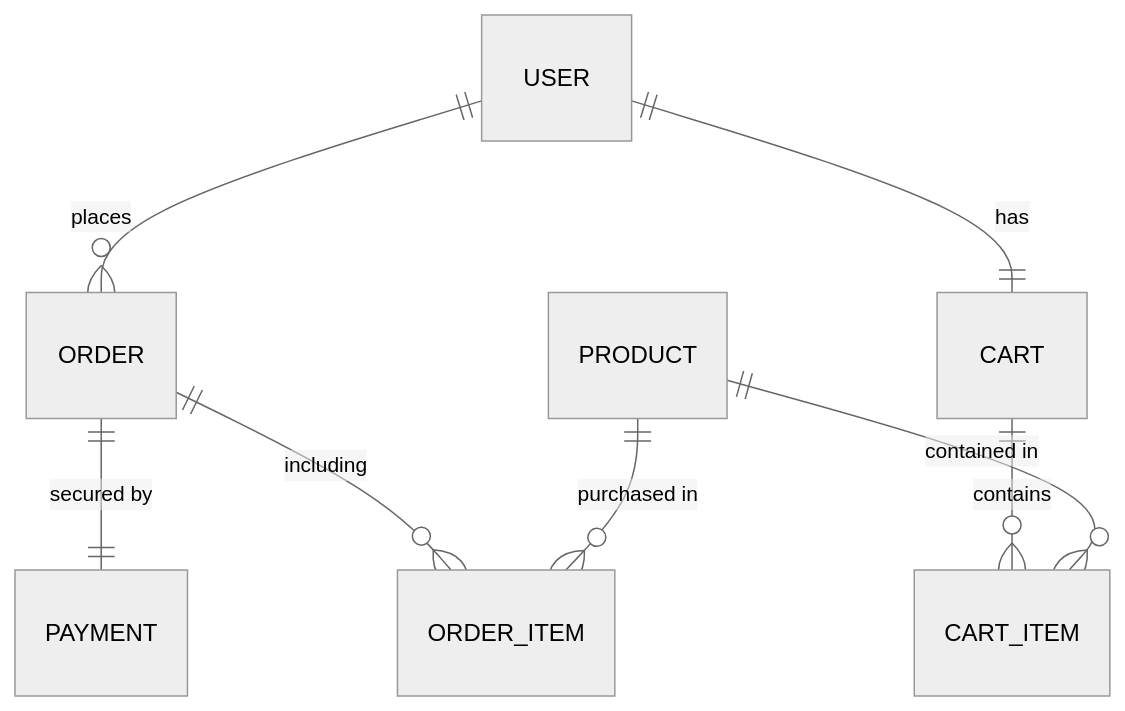
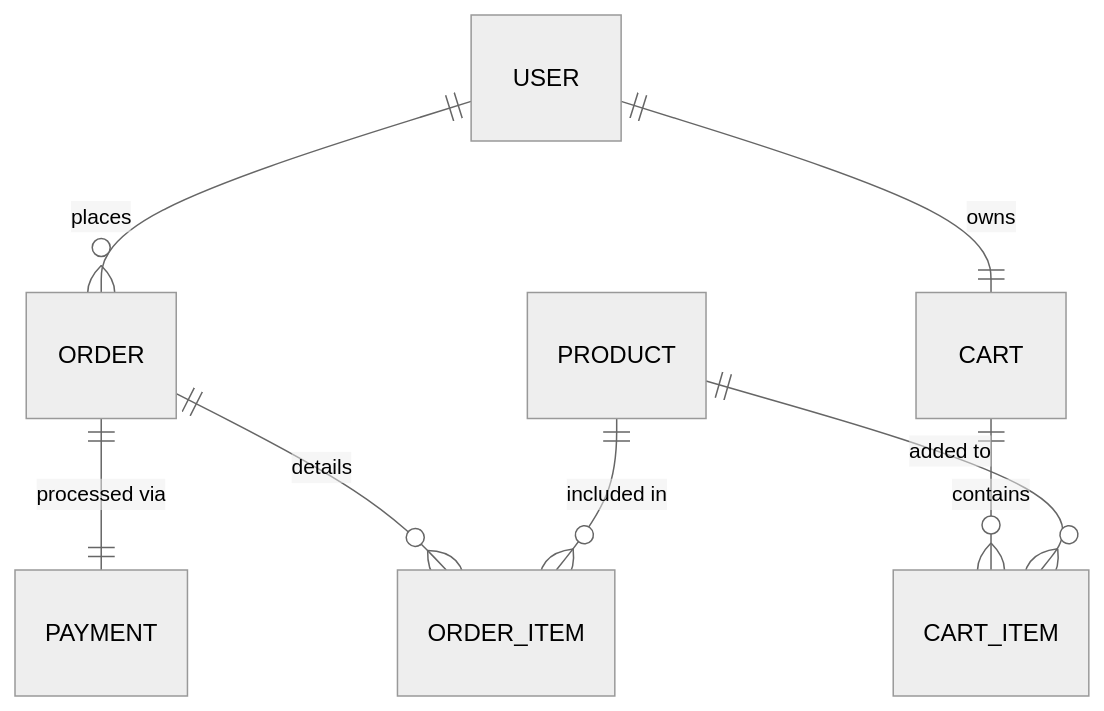
The diagram in README.md (Hujaifa81/mini-ecommerce-api-with-payment-integration), drawn with Mermaid (neutral theme) before and after one commit. The commit also changed other lines of this file and 4 other files, not shown here.

Commit message:
fix: resolve prisma client import path and cart user ID mapping

````diff
--- a/README.md
+++ b/README.md
@@ -55,10 +74,10 @@
 ```mermaid
 erDiagram
     USER ||--o{ ORDER : places
-    USER ||--|| CART : has
-    PRODUCT ||--o{ CART_ITEM : "contained in"
-    PRODUCT ||--o{ ORDER_ITEM : "purchased in"
+    USER ||--|| CART : owns
+    PRODUCT ||--o{ CART_ITEM : "added to"
+    PRODUCT ||--o{ ORDER_ITEM : "included in"
     CART ||--o{ CART_ITEM : contains
-    ORDER ||--o{ ORDER_ITEM : including
-    ORDER ||--|| PAYMENT : "secured by"
+    ORDER ||--o{ ORDER_ITEM : details
+    ORDER ||--|| PAYMENT : "processed via"
 ```
````
